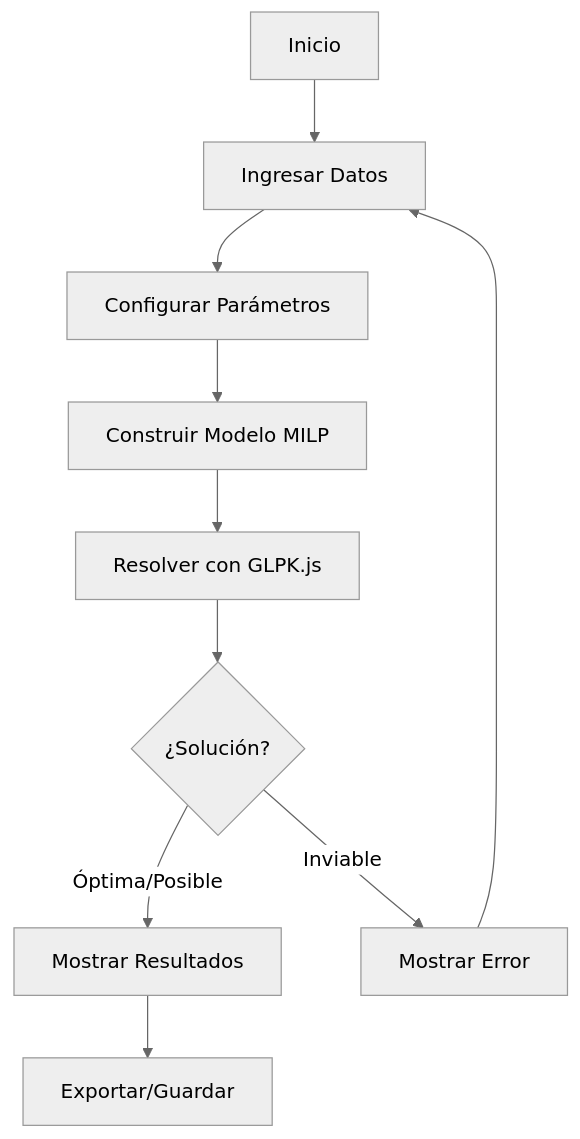
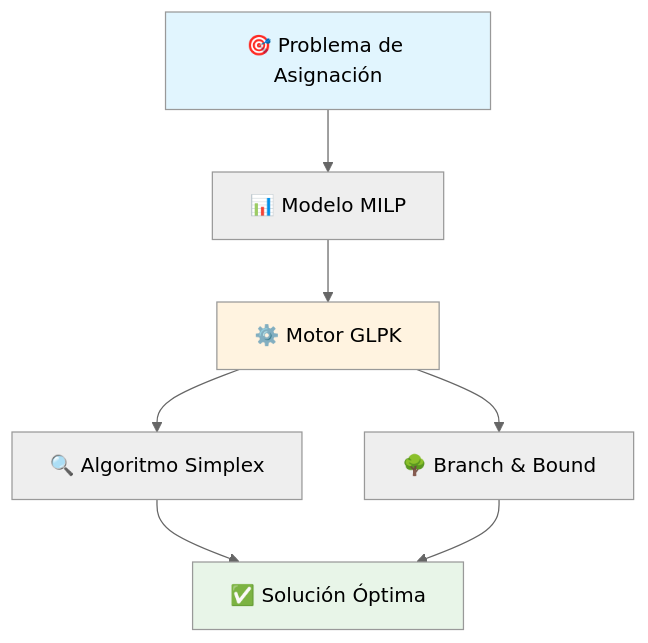
Before and after one commit to Job-Natanael-Contreras-Garzon/OptimizacionAulaIO1: the first of 49 diagrams in README.md, drawn with Mermaid (neutral theme). The commit also changed other lines of this file and 9 other files, not shown here.

````diff
--- a/README.md
+++ b/README.md
@@ -9,12 +644,13 @@
 ```mermaid
 graph TD
-    A[Inicio] --> B[Ingresar Datos]
-    B --> C[Configurar Parámetros]
-    C --> D[Construir Modelo MILP]
-    D --> E[Resolver con GLPK.js]
-    E --> F{¿Solución?}
-    F -->|Óptima/Posible| G[Mostrar Resultados]
-    F -->|Inviable| H[Mostrar Error]
-    G --> I[Exportar/Guardar]
-    H --> B
+    A["🎯 Problema de Asignación"] --> B["📊 Modelo MILP"]
+    B --> C["⚙️ Motor GLPK"]
+    C --> D["🔍 Algoritmo Simplex"]
+    C --> E["🌳 Branch & Bound"]
+    D --> F["✅ Solución Óptima"]
+    E --> F
+    
+    style A fill:#e1f5fe
+    style C fill:#fff3e0
+    style F fill:#e8f5e8
 ```
````
